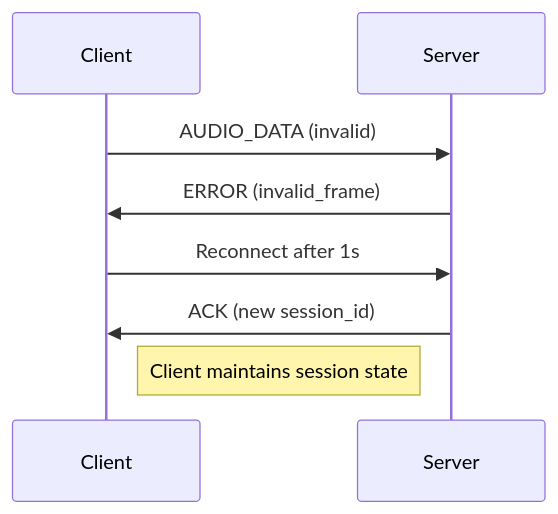
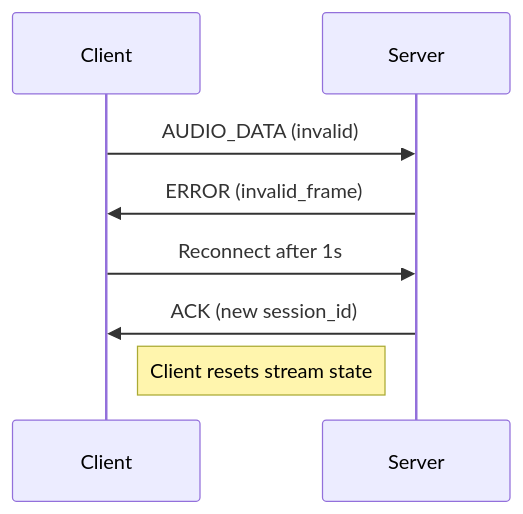
Before and after one commit to Craftech360-projects/opus_reord_decode_python-_cient_server: the diagram in audio_protocol.md, drawn with Mermaid. The commit also changed other lines of this file and 3 other files, not shown here.

````diff
--- a/audio_protocol.md
+++ b/audio_protocol.md
@@ -98,10 +138,10 @@
 ```mermaid
 sequenceDiagram
     participant C as Client
     participant S as Server
     C->>S: AUDIO_DATA (invalid)
     S->>C: ERROR (invalid_frame)
     C->>S: Reconnect after 1s
     S->>C: ACK (new session_id)
-    Note right of C: Client maintains session state
+    Note right of C: Client resets stream state
 ```
````
